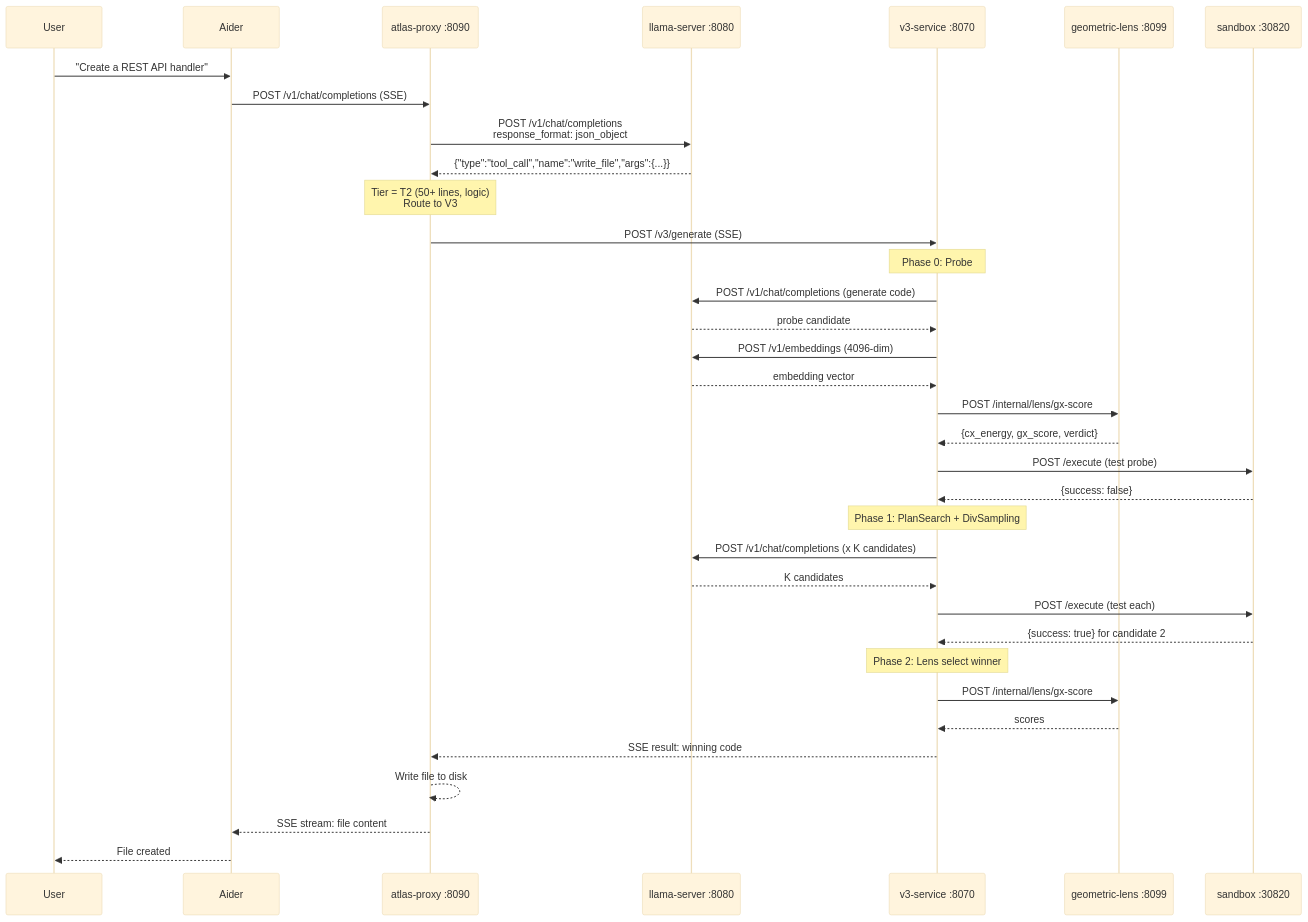
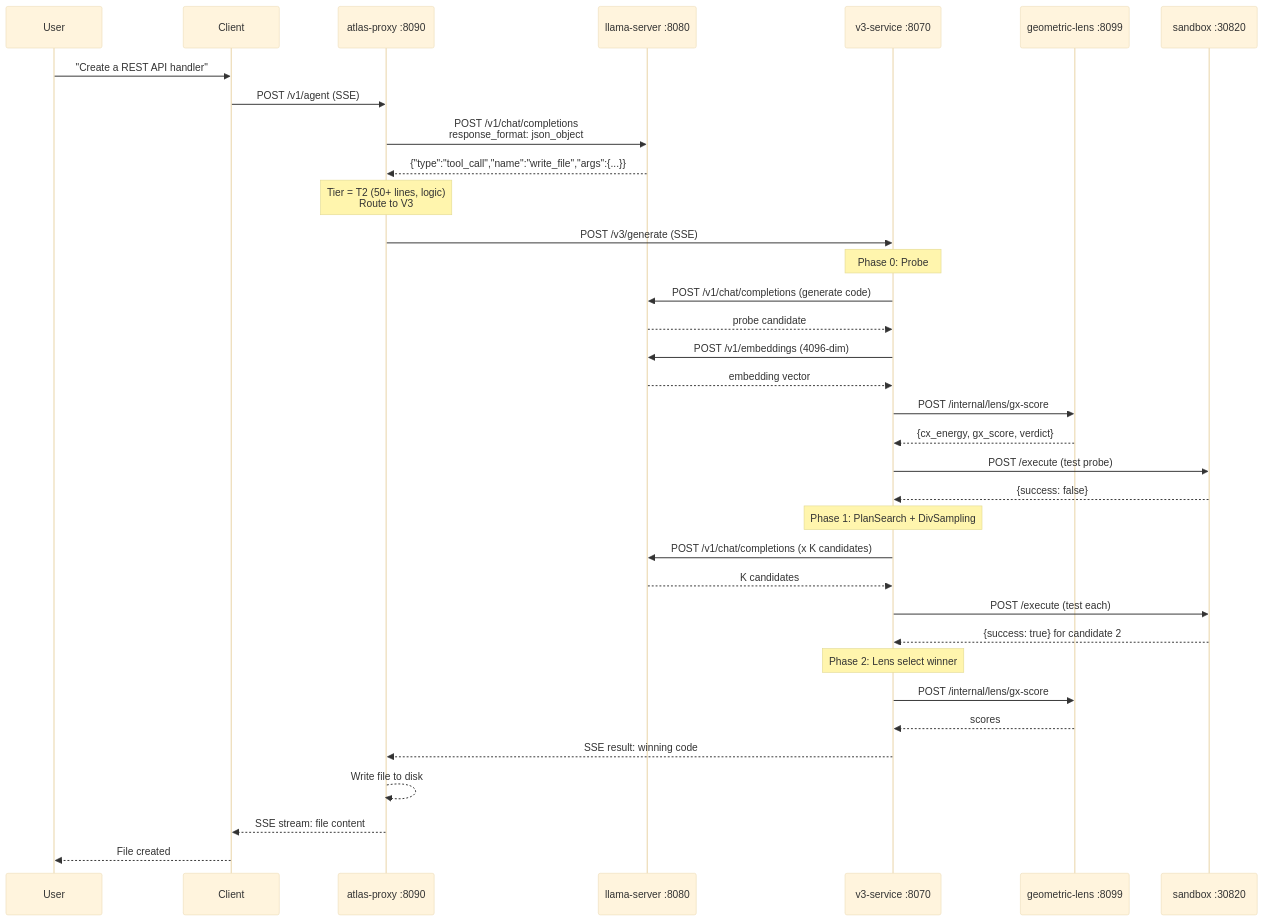
One commit to itigges22/ATLAS changed diagram 12 of 13 in docs/ARCHITECTURE.md. Above: the diagram before and after it, drawn with Mermaid (base theme). The commit also changed other lines of this file and 15 other files, not shown here.

````diff
--- a/docs/ARCHITECTURE.md
+++ b/docs/ARCHITECTURE.md
@@ -527,42 +529,42 @@
 ```mermaid
 sequenceDiagram
     participant U as User
-    participant A as Aider
+    participant A as Client
     participant P as atlas-proxy :8090
     participant L as llama-server :8080
     participant V as v3-service :8070
     participant G as geometric-lens :8099
     participant S as sandbox :30820
 
     U->>A: "Create a REST API handler"
-    A->>P: POST /v1/chat/completions (SSE)
+    A->>P: POST /v1/agent (SSE)
     P->>L: POST /v1/chat/completions<br/>response_format: json_object
     L-->>P: {"type":"tool_call","name":"write_file","args":{...}}
     Note over P: Tier = T2 (50+ lines, logic)<br/>Route to V3
 
     P->>V: POST /v3/generate (SSE)
     Note over V: Phase 0: Probe
     V->>L: POST /v1/chat/completions (generate code)
     L-->>V: probe candidate
     V->>L: POST /v1/embeddings (4096-dim)
     L-->>V: embedding vector
     V->>G: POST /internal/lens/gx-score
     G-->>V: {cx_energy, gx_score, verdict}
     V->>S: POST /execute (test probe)
     S-->>V: {success: false}
 
     Note over V: Phase 1: PlanSearch + DivSampling
     V->>L: POST /v1/chat/completions (x K candidates)
     L-->>V: K candidates
     V->>S: POST /execute (test each)
     S-->>V: {success: true} for candidate 2
 
     Note over V: Phase 2: Lens select winner
     V->>G: POST /internal/lens/gx-score
     G-->>V: scores
 
     V-->>P: SSE result: winning code
     P-->>P: Write file to disk
     P-->>A: SSE stream: file content
     A-->>U: File created
 ```
````
